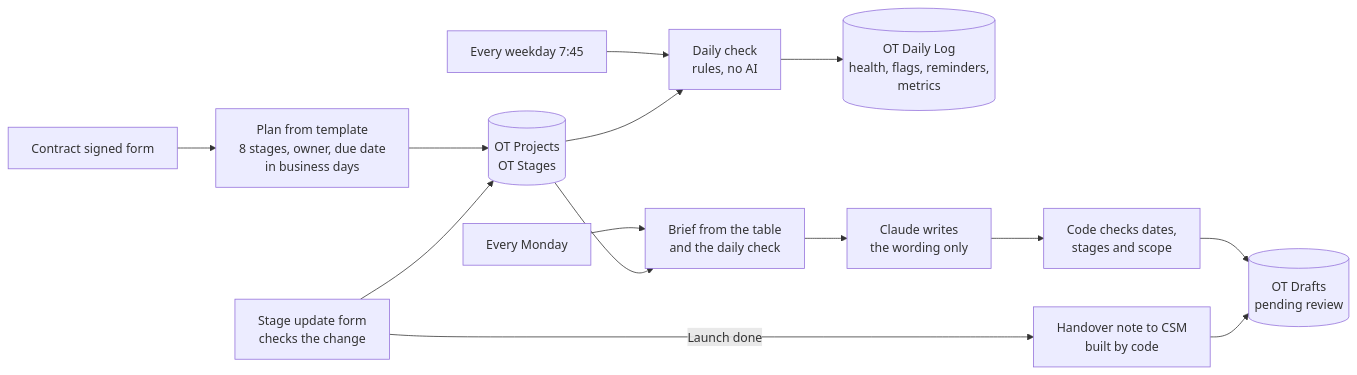
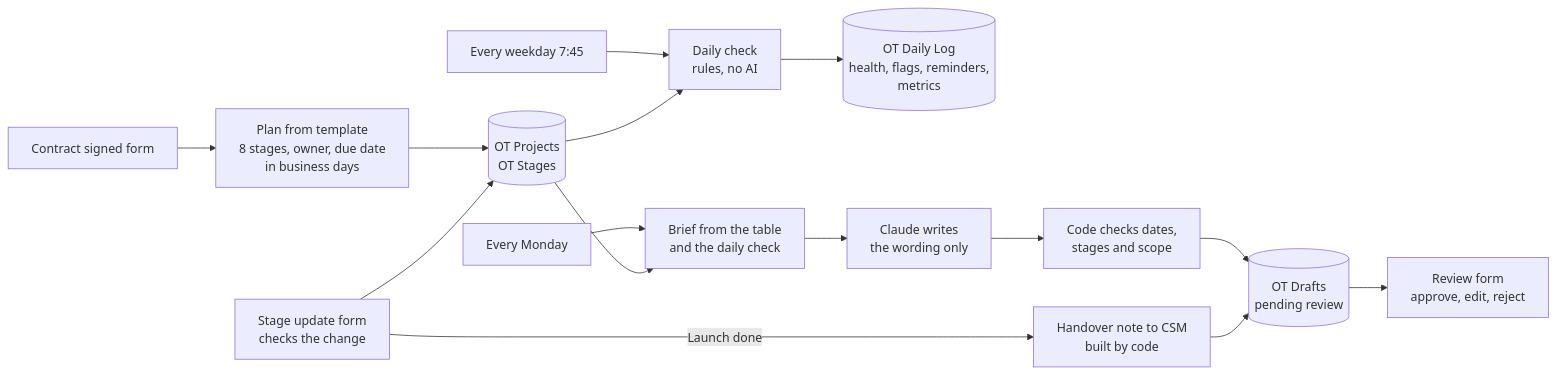
Before and after one commit to kubabiros595-png/onboarding-tracker: the diagram in README.md, drawn with Mermaid. The commit also changed other lines of this file and 9 other files, not shown here.

First line of the commit message:
Round 2: reminder repeat rule, draft review form, docs

````diff
--- a/README.md
+++ b/README.md
@@ -13,16 +13,17 @@
 ```mermaid
 flowchart LR
     F[Contract signed form] --> P[Plan from template<br/>8 stages, owner, due date<br/>in business days]
     P --> T[(OT Projects<br/>OT Stages)]
     U[Stage update form<br/>checks the change] --> T
     S[Every weekday 7:45] --> D[Daily check<br/>rules, no AI]
     T --> D
     D --> L[(OT Daily Log<br/>health, flags, reminders,<br/>metrics)]
     U -- Launch done --> H[Handover note to CSM<br/>built by code]
     W[Every Monday] --> B[Brief from the table<br/>and the daily check]
     T --> B
     B --> AI[Claude writes<br/>the wording only]
     AI --> C[Code checks dates,<br/>stages and scope]
     C --> R[(OT Drafts<br/>pending review)]
     H --> R
+    R --> V[Review form<br/>approve, edit, reject]
 ```
````
